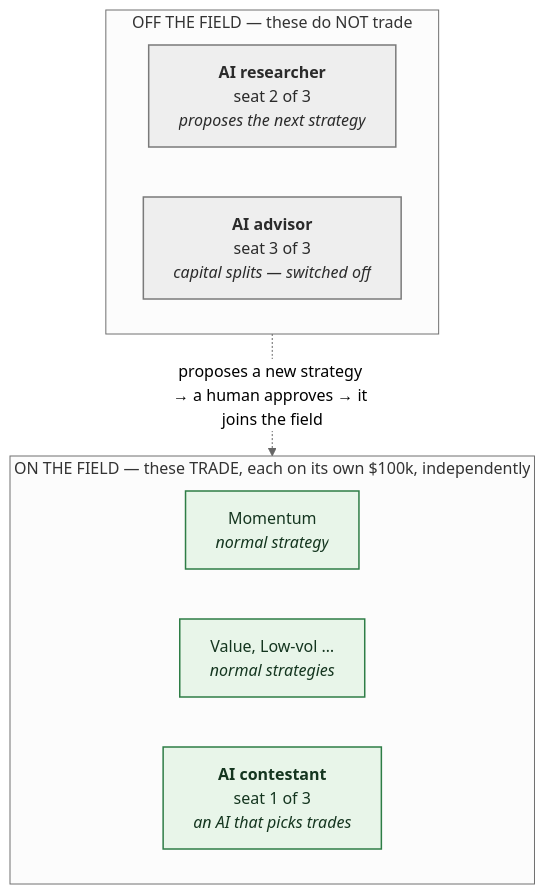
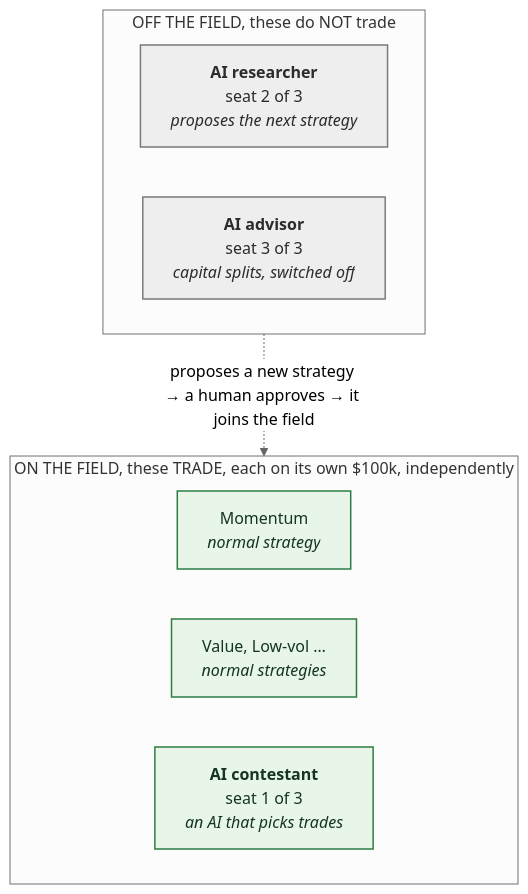
The third of 7 diagrams in ORIENTATION.md (masalasev-ops/AlphaFinanceLab), drawn with Mermaid (neutral theme) before and after one commit. The commit also changed other lines of this file and 12 other files, not shown here.

````diff
--- a/ORIENTATION.md
+++ b/ORIENTATION.md
@@ -87,22 +87,22 @@
 ```mermaid
 flowchart TB
-    subgraph ONFIELD["ON THE FIELD — these TRADE, each on its own $100k, independently"]
+    subgraph ONFIELD["ON THE FIELD, these TRADE, each on its own $100k, independently"]
         direction LR
         M1["Momentum<br/><i>normal strategy</i>"]:::trade
         M2["Value, Low-vol …<br/><i>normal strategies</i>"]:::trade
         C["<b>AI contestant</b><br/>seat 1 of 3<br/><i>an AI that picks trades</i>"]:::trade
     end
-    subgraph OFFFIELD["OFF THE FIELD — these do NOT trade"]
+    subgraph OFFFIELD["OFF THE FIELD, these do NOT trade"]
         direction LR
         R["<b>AI researcher</b><br/>seat 2 of 3<br/><i>proposes the next strategy</i>"]:::notrade
-        AD["<b>AI advisor</b><br/>seat 3 of 3<br/><i>capital splits — switched off</i>"]:::notrade
+        AD["<b>AI advisor</b><br/>seat 3 of 3<br/><i>capital splits, switched off</i>"]:::notrade
     end
     R -. "proposes a new strategy → a human approves → it joins the field" .-> ONFIELD
 
     classDef trade fill:#E8F5E9,stroke:#2E7D46,stroke-width:1.5px,color:#14351f;
     classDef notrade fill:#EEEEEE,stroke:#7A7A7A,stroke-width:1.5px,color:#2b2b2b;
     classDef machine fill:#E7F0FB,stroke:#1F5FA6,stroke-width:1.5px,color:#0f2f52;
     classDef outcome fill:#FFF4E5,stroke:#C77700,stroke-width:1.5px,color:#5c3800;
     classDef hub fill:#E2F5F1,stroke:#0F6E56,stroke-width:1.5px,color:#0a3b30;
     classDef verdict fill:#F3EEFB,stroke:#6A4FB0,stroke-width:1.5px,color:#301d5c;
 ```
````
